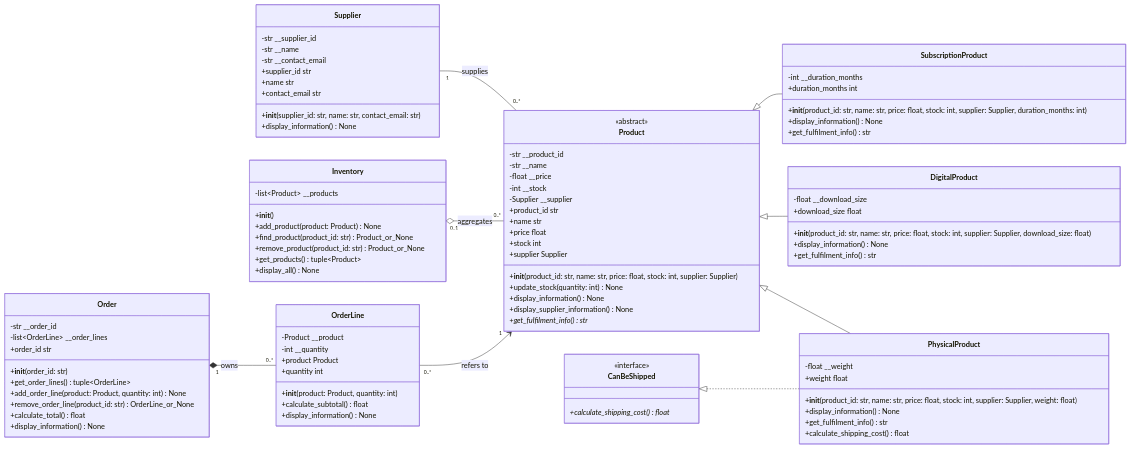
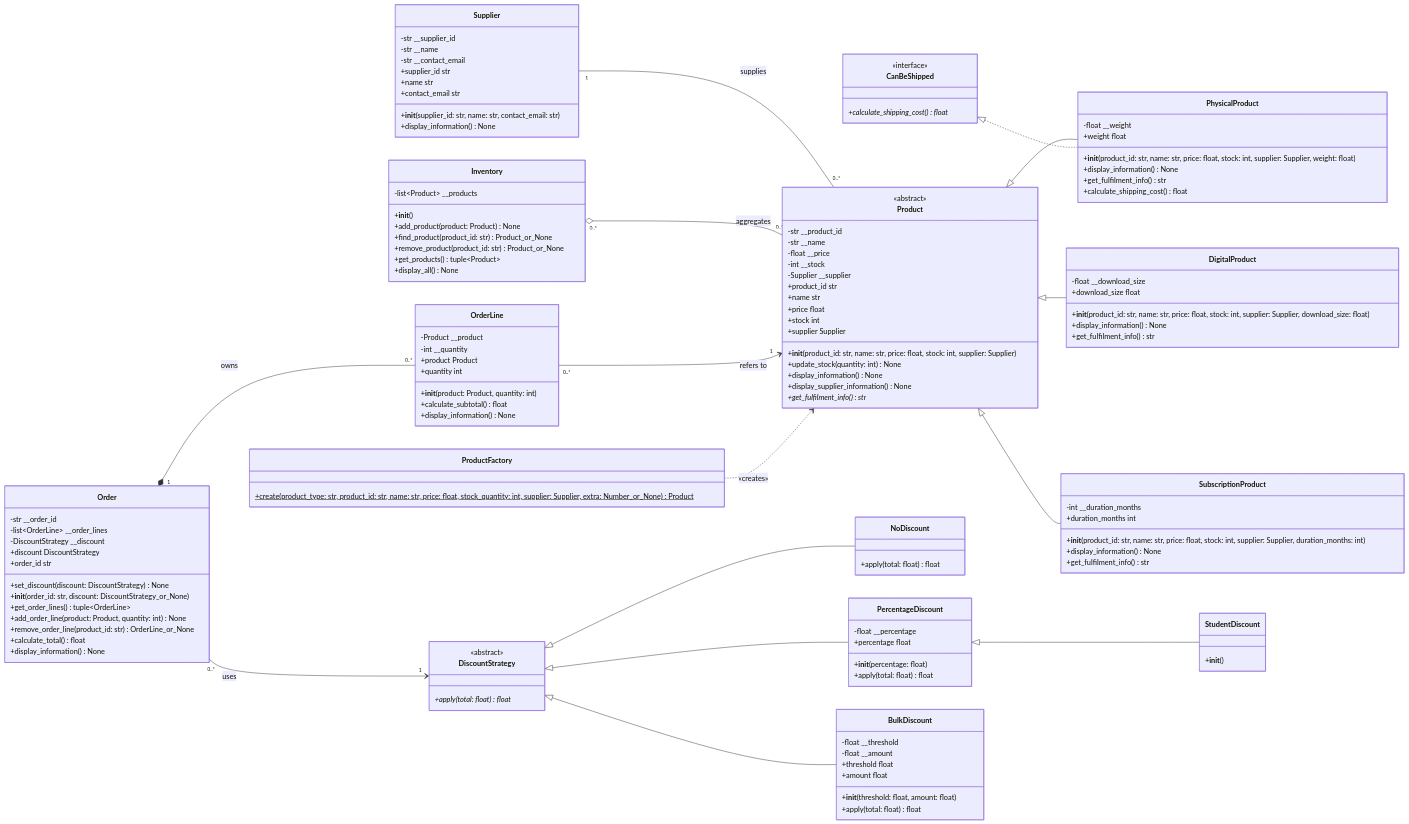
The diagram in uml.mmd (junshenlye/INF1103_Week2_Lab), drawn with Mermaid before and after one commit. The commit also changed 29 other files, not shown here.

Commit message:
Complete Week 11 Strategy Factory and error handling lab

```diff
--- a/uml.mmd
+++ b/uml.mmd
@@ -1,104 +1,141 @@
 classDiagram
 direction LR
 
 class Supplier {
     -str __supplier_id
     -str __name
     -str __contact_email
     +__init__(supplier_id: str, name: str, contact_email: str)
     +supplier_id str
     +name str
     +contact_email str
     +display_information() None
 }
 
 class Product {
     <<abstract>>
     -str __product_id
     -str __name
     -float __price
     -int __stock
     -Supplier __supplier
     +__init__(product_id: str, name: str, price: float, stock: int, supplier: Supplier)
     +product_id str
     +name str
     +price float
     +stock int
     +supplier Supplier
     +update_stock(quantity: int) None
     +display_information() None
     +display_supplier_information() None
     +get_fulfilment_info()* str
 }
 
 class PhysicalProduct {
     -float __weight
     +__init__(product_id: str, name: str, price: float, stock: int, supplier: Supplier, weight: float)
     +weight float
     +display_information() None
     +get_fulfilment_info() str
     +calculate_shipping_cost() float
 }
 
 class DigitalProduct {
     -float __download_size
     +__init__(product_id: str, name: str, price: float, stock: int, supplier: Supplier, download_size: float)
     +download_size float
     +display_information() None
     +get_fulfilment_info() str
 }
 
 class SubscriptionProduct {
     -int __duration_months
     +__init__(product_id: str, name: str, price: float, stock: int, supplier: Supplier, duration_months: int)
     +duration_months int
     +display_information() None
     +get_fulfilment_info() str
 }
 
 class CanBeShipped {
     <<interface>>
     +calculate_shipping_cost()* float
 }
 
 class Inventory {
     -list~Product~ __products
     +__init__()
     +add_product(product: Product) None
     +find_product(product_id: str) Product_or_None
     +remove_product(product_id: str) Product_or_None
     +get_products() tuple~Product~
     +display_all() None
 }
 
 class OrderLine {
     -Product __product
     -int __quantity
     +__init__(product: Product, quantity: int)
     +product Product
     +quantity int
     +calculate_subtotal() float
     +display_information() None
 }
 
 class Order {
     -str __order_id
     -list~OrderLine~ __order_lines
-    +__init__(order_id: str)
+    -DiscountStrategy __discount
+    +discount DiscountStrategy
+    +set_discount(discount: DiscountStrategy) None
+    +__init__(order_id: str, discount: DiscountStrategy_or_None)
     +order_id str
     +get_order_lines() tuple~OrderLine~
     +add_order_line(product: Product, quantity: int) None
     +remove_order_line(product_id: str) OrderLine_or_None
     +calculate_total() float
     +display_information() None
 }
 
 Product <|-- PhysicalProduct
 Product <|-- DigitalProduct
 Product <|-- SubscriptionProduct
 CanBeShipped <|.. PhysicalProduct
 
 Supplier "1" -- "0..*" Product : supplies
-Inventory "0..1" o-- "0..*" Product : aggregates
+Inventory "0..*" o-- "0..*" Product : aggregates
 Order "1" *-- "0..*" OrderLine : owns
 OrderLine "0..*" --> "1" Product : refers to
+
+class DiscountStrategy {
+    <<abstract>>
+    +apply(total: float)* float
+}
+class NoDiscount {
+    +apply(total: float) float
+}
+class PercentageDiscount {
+    -float __percentage
+    +percentage float
+    +__init__(percentage: float)
+    +apply(total: float) float
+}
+class BulkDiscount {
+    -float __threshold
+    -float __amount
+    +threshold float
+    +amount float
+    +__init__(threshold: float, amount: float)
+    +apply(total: float) float
+}
+class StudentDiscount {
+    +__init__()
+}
+class ProductFactory {
+    +create(product_type: str, product_id: str, name: str, price: float, stock_quantity: int, supplier: Supplier, extra: Number_or_None)$ Product
+}
+DiscountStrategy <|-- NoDiscount
+DiscountStrategy <|-- PercentageDiscount
+DiscountStrategy <|-- BulkDiscount
+PercentageDiscount <|-- StudentDiscount
+Order "0..*" --> "1" DiscountStrategy : uses
+ProductFactory ..> Product : «creates»
```
